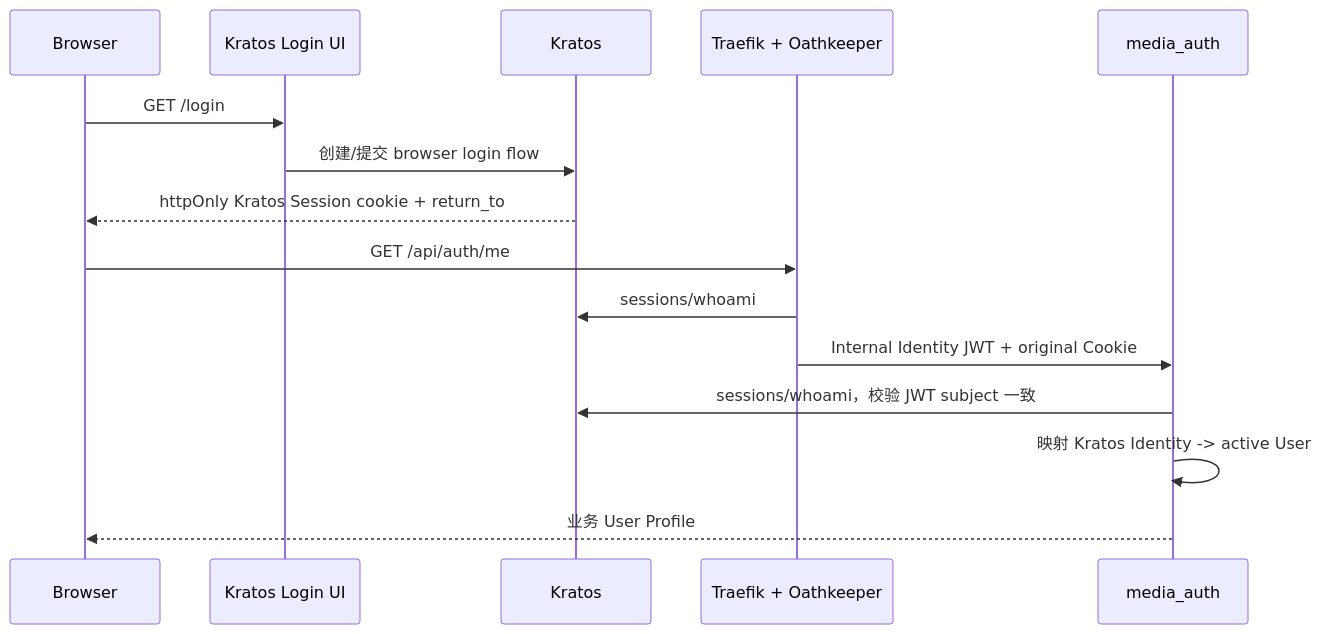
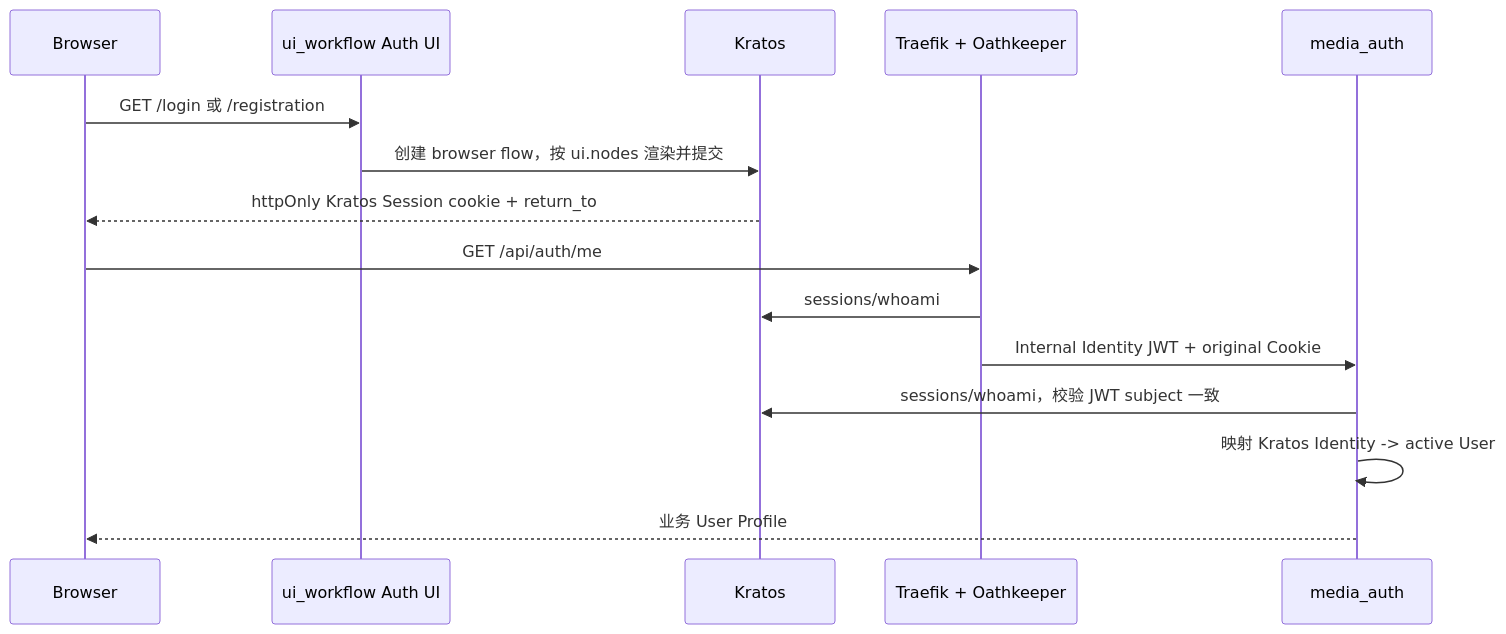
Before and after one commit to hotttao/media_agent: the diagram in docs/ddd/ui_design/authentication-flow.md, drawn with Mermaid. The commit also changed other lines of this file and 13 other files, not shown here.

Commit message:
feat: add native Kratos login and registration UI

````diff
--- a/docs/ddd/ui_design/authentication-flow.md
+++ b/docs/ddd/ui_design/authentication-flow.md
@@ -5,17 +5,17 @@
 ```mermaid
 sequenceDiagram
     participant B as Browser
-    participant KUI as Kratos Login UI
+    participant KUI as ui_workflow Auth UI
     participant K as Kratos
     participant E as Traefik + Oathkeeper
     participant A as media_auth
-    B->>KUI: GET /login
-    KUI->>K: 创建/提交 browser login flow
+    B->>KUI: GET /login 或 /registration
+    KUI->>K: 创建 browser flow，按 ui.nodes 渲染并提交
     K-->>B: httpOnly Kratos Session cookie + return_to
     B->>E: GET /api/auth/me
     E->>K: sessions/whoami
     E->>A: Internal Identity JWT + original Cookie
     A->>K: sessions/whoami，校验 JWT subject 一致
     A->>A: 映射 Kratos Identity -> active User
     A-->>B: 业务 User Profile
 ```
````
